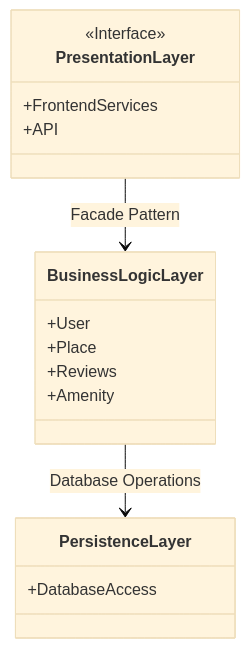
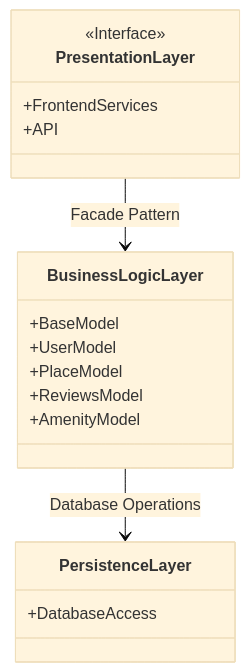
One commit to MaKSiiMe/holbertonschool-hbnb changed the first of 7 diagrams in Part1/3- Documentation_compilation.md. Above: the diagram before and after it, drawn with Mermaid (base theme). The commit also changed other lines of this file and 2 other files, not shown here.

Commit message:
Refactor class diagrams for business logic layer; update BaseModel and model relationships

````diff
--- a/Part1/3- Documentation_compilation.md
+++ b/Part1/3- Documentation_compilation.md
@@ -57,19 +57,20 @@
 ```mermaid
 classDiagram
 class PresentationLayer {
     <<Interface>>
     +FrontendServices
     +API
 }
 class BusinessLogicLayer {
-    +User
-    +Place
-    +Reviews
-    +Amenity
+    +BaseModel
+    +UserModel
+    +PlaceModel
+    +ReviewsModel
+    +AmenityModel
 }
 class PersistenceLayer {
     +DatabaseAccess
 }
 PresentationLayer --> BusinessLogicLayer : Facade Pattern
 BusinessLogicLayer --> PersistenceLayer : Database Operations
 ```
````
